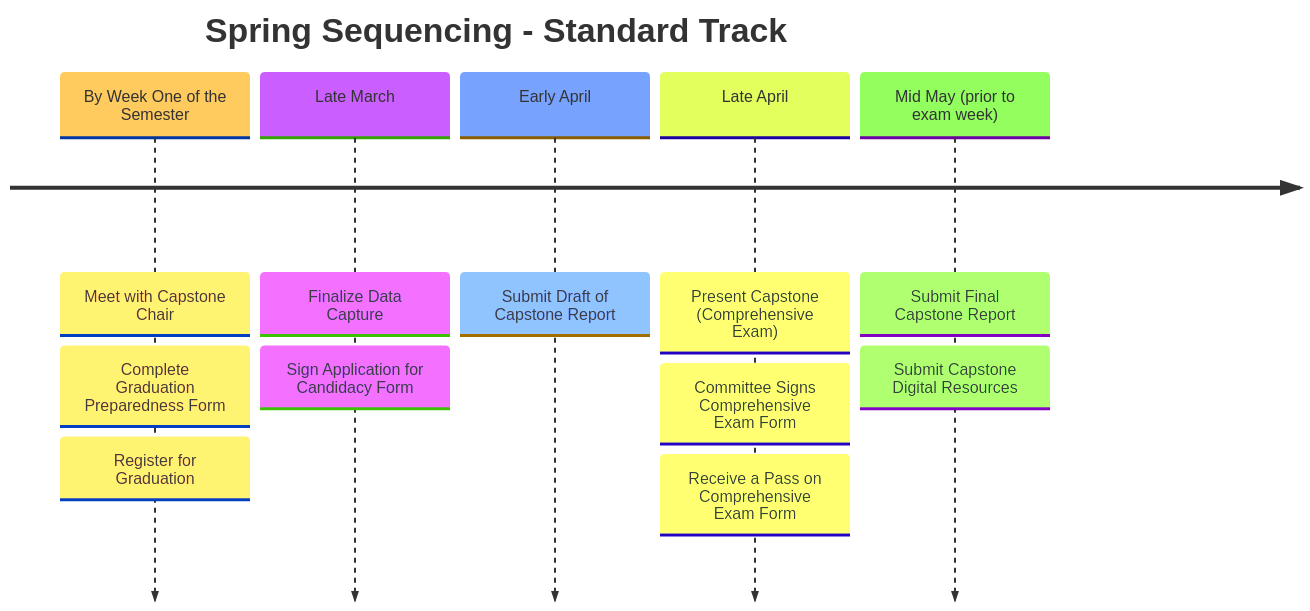
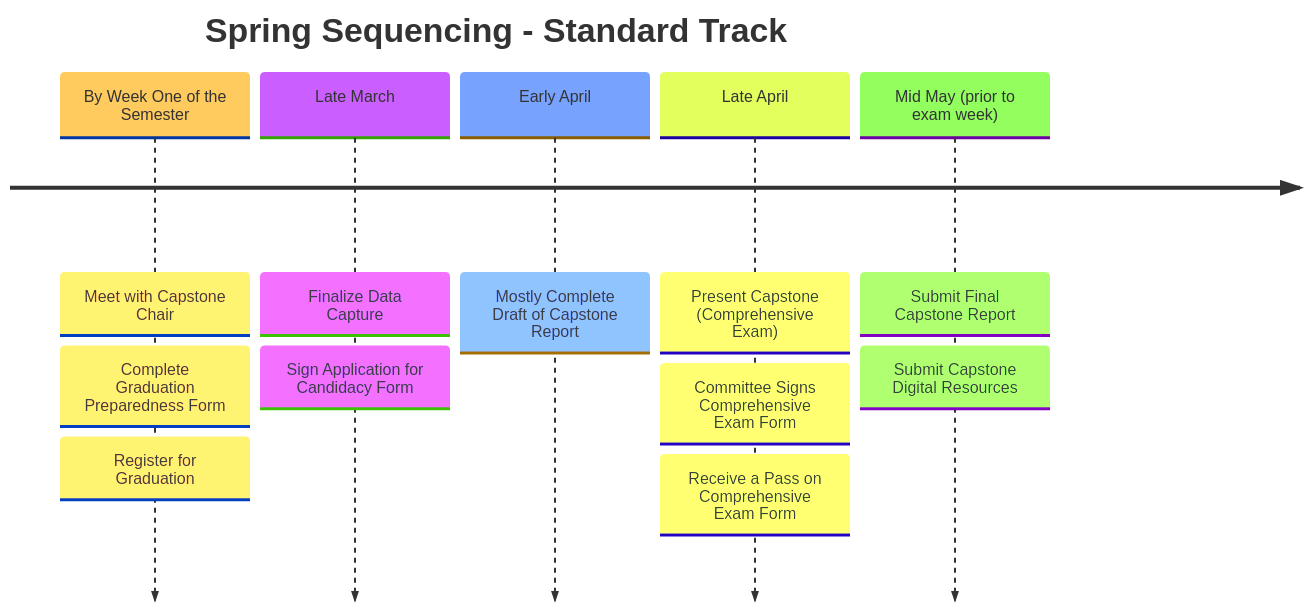
One commit to ModernHumanAnatomy/MHACapstone changed the diagram in docs/final-steps.md. Above: the diagram before and after it, drawn with Mermaid. The commit also changed other lines of this file and 2 other files, not shown here.

````diff
--- a/docs/final-steps.md
+++ b/docs/final-steps.md
@@ -7,17 +7,17 @@
 ```mermaid
 %%{init: { 'theme': 'base' } }%%
 
 timeline
     title Spring Sequencing - Standard Track
     By Week One of the Semester: Meet with Capstone Chair
         : Complete Graduation Preparedness Form
         : Register for Graduation
     Late March: Finalize Data Capture
         : Sign Application for Candidacy Form
-    Early April: Submit Draft of Capstone Report
+    Early April: Mostly Complete Draft of Capstone Report
     Late April: Present Capstone (Comprehensive Exam)
         : Committee Signs Comprehensive Exam Form
         : Receive a Pass on Comprehensive Exam Form
     Mid May (prior to exam week): Submit Final Capstone Report   
         : Submit Capstone Digital Resources  
 ```
````
